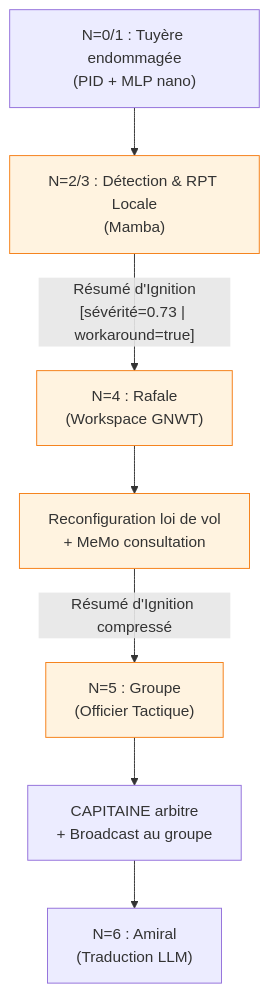
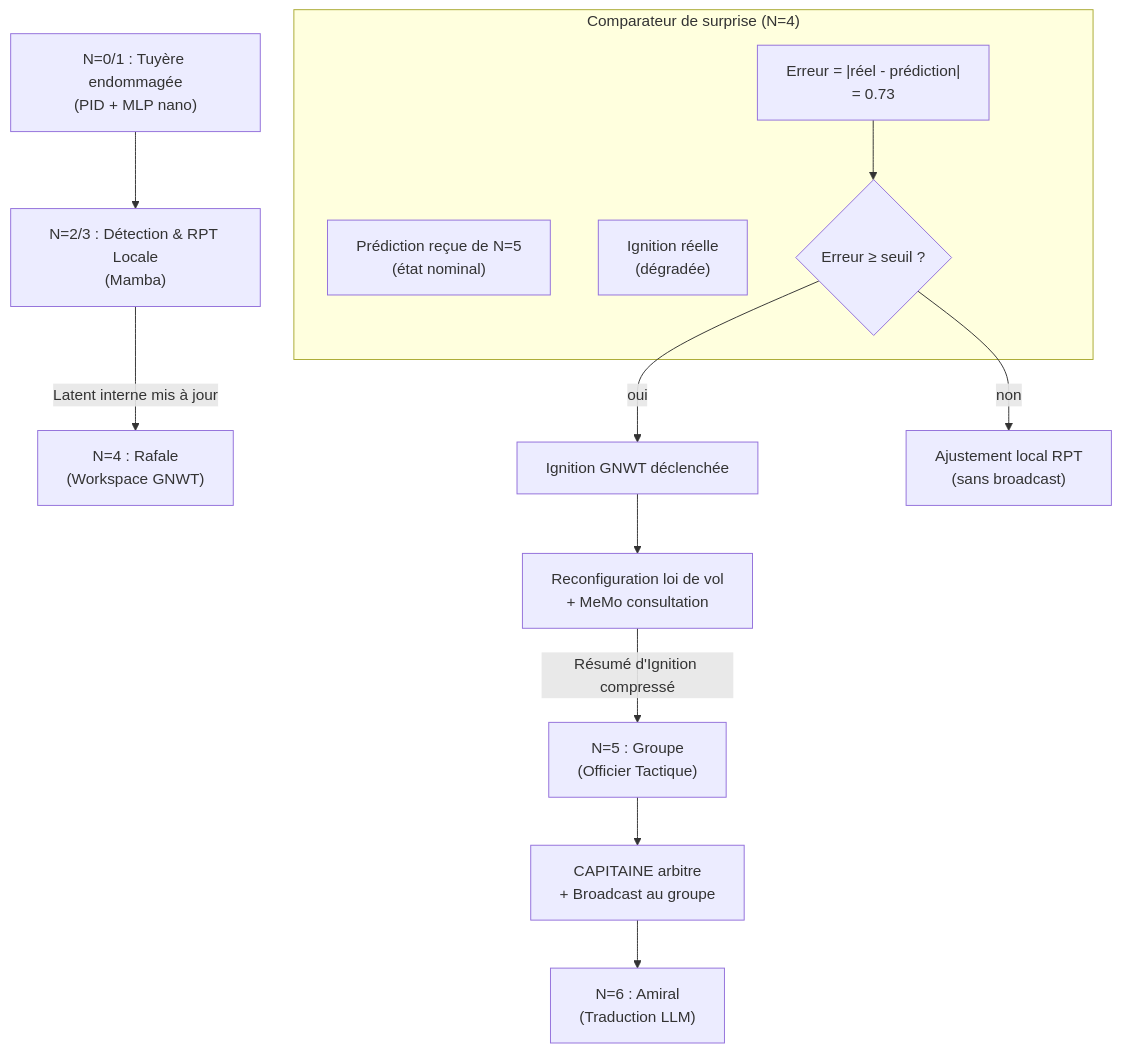
The seventh of 10 diagrams in architecture/architecture.md (AlainCo/GNWT-Garrigue-X), drawn with Mermaid before and after one commit. The commit also changed other lines of this file and 1 other file, not shown here.

````diff
--- a/architecture/architecture.md
+++ b/architecture/architecture.md
@@ -129,16 +137,23 @@
 ```mermaid
 flowchart TD
     A["N=0/1 : Tuyère endommagée\n(PID + MLP nano)"] 
     --> B["N=2/3 : Détection & RPT Locale\n(Mamba)"]
 
-    B -->|"Résumé d'Ignition\n[sévérité=0.73 | workaround=true]"| C["N=4 : Rafale\n(Workspace GNWT)"]
+    B -->|"Latent interne mis à jour"| C["N=4 : Rafale\n(Workspace GNWT)"]
 
-    C --> D["Reconfiguration loi de vol\n+ MeMo consultation"]
-    D -->|"Résumé d'Ignition compressé"| E["N=5 : Groupe\n(Officier Tactique)"]
+    subgraph Comparateur ["Comparateur de surprise (N=4)"]
+        D1["Prédiction reçue de N=5\n(état nominal)"]
+        D2["Ignition réelle\n(dégradée)"]
+        D3["Erreur = |réel - prédiction|\n= 0.73"]
+        D4{Erreur ≥ seuil ?}
+    end
 
-    E --> F["CAPITAINE arbitre\n+ Broadcast au groupe"]
-    F --> G["N=6 : Amiral\n(Traduction LLM)"]
+    D3 --> D4
+    D4 -->|oui| E["Ignition GNWT déclenchée"]
+    D4 -->|non| F["Ajustement local RPT\n(sans broadcast)"]
 
-    classDef ignition fill:#fff3e0,stroke:#f57f17
-    class B,C,D,E ignition
+    E --> G["Reconfiguration loi de vol\n+ MeMo consultation"]
+    G -->|"Résumé d'Ignition compressé"| H["N=5 : Groupe\n(Officier Tactique)"]
+    H --> I["CAPITAINE arbitre\n+ Broadcast au groupe"]
+    I --> J["N=6 : Amiral\n(Traduction LLM)"]
 ```
````
